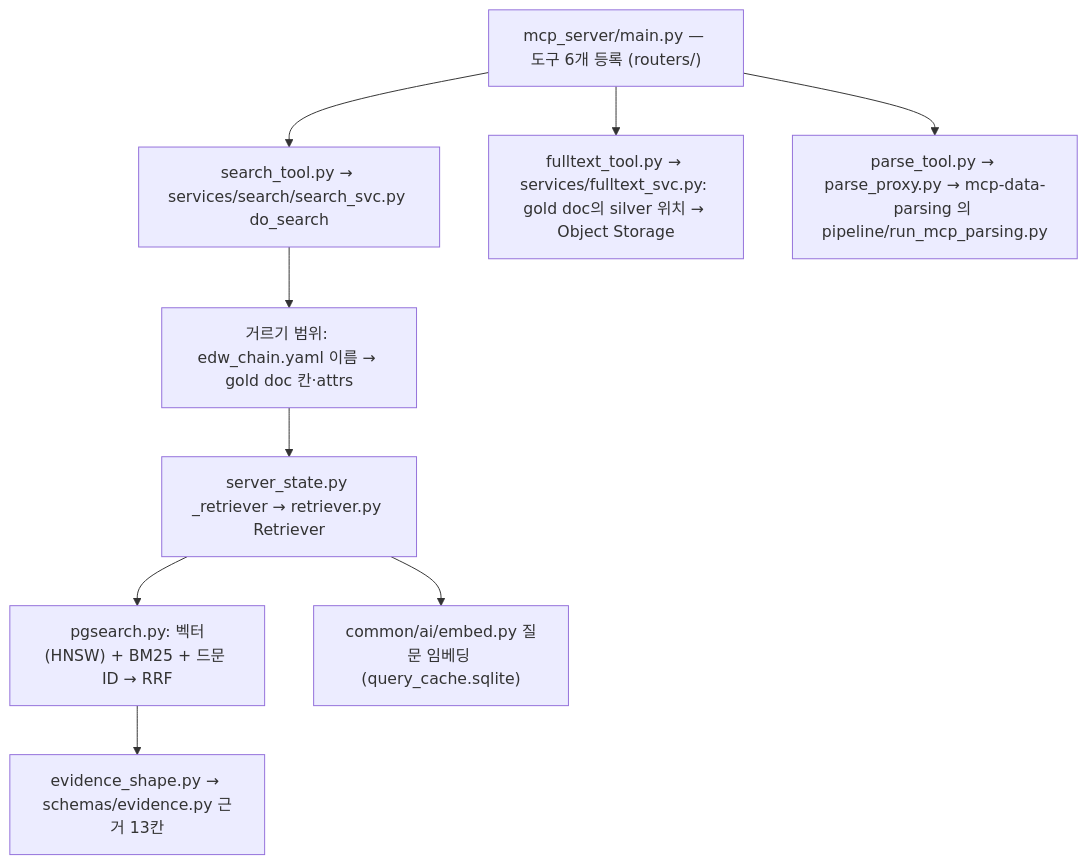
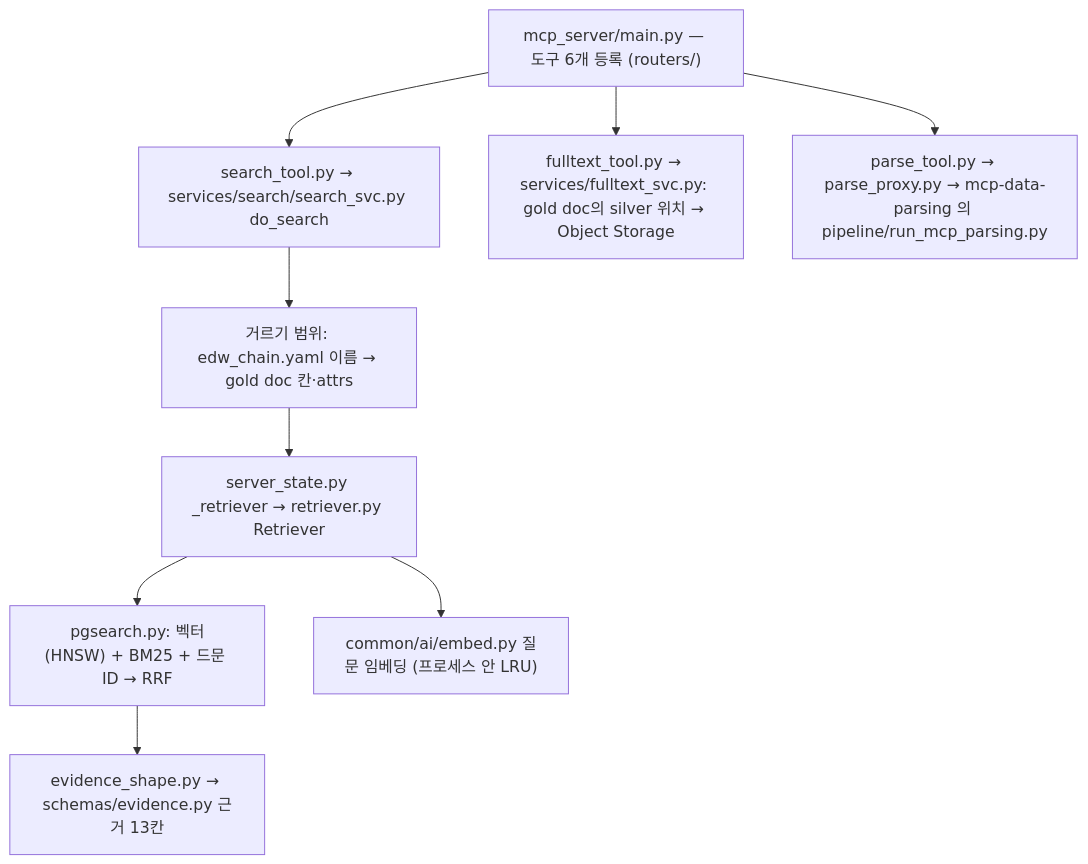
Before and after one commit to gigasamba/sbl_data_parsing: the tenth of 11 diagrams in docs/architecture/parse_flow.md, drawn with Mermaid. The commit also changed other lines of this file and 18 other files, not shown here.

````diff
--- a/docs/architecture/parse_flow.md
+++ b/docs/architecture/parse_flow.md
@@ -471,16 +471,16 @@
 ```mermaid
 flowchart TD
     M["mcp_server/main.py — 도구 6개 등록 (routers/)"]
     S["search_tool.py → services/search/search_svc.py do_search"]
     H["거르기 범위: edw_chain.yaml 이름 → gold doc 칸·attrs"]
     R["server_state.py _retriever → retriever.py Retriever"]
     P["pgsearch.py: 벡터(HNSW) + BM25 + 드문 ID → RRF"]
-    Q["common/ai/embed.py 질문 임베딩 (query_cache.sqlite)"]
+    Q["common/ai/embed.py 질문 임베딩 (프로세스 안 LRU)"]
     O["evidence_shape.py → schemas/evidence.py 근거 13칸"]
     FT["fulltext_tool.py → services/fulltext_svc.py: gold doc의 silver 위치 → Object Storage"]
     PD["parse_tool.py → parse_proxy.py → mcp-data-parsing 의 pipeline/run_mcp_parsing.py"]
     M --> S --> H --> R --> P --> O
     R --> Q
     M --> FT
     M --> PD
 ```
````
